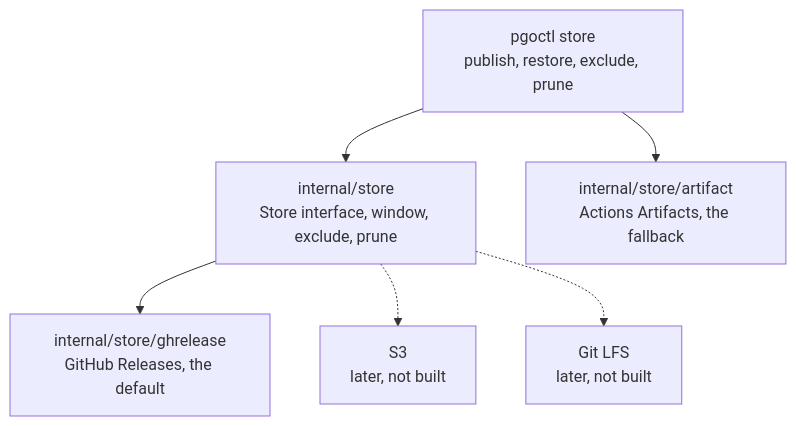
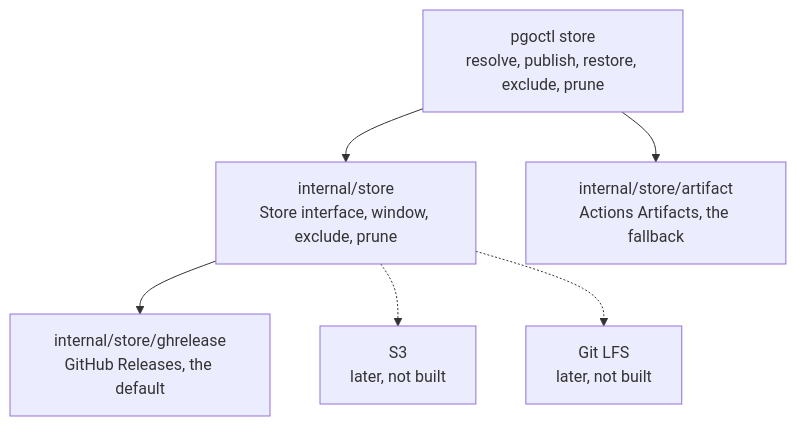
Before and after one commit to better-go-labs/pgoctl: the diagram in issue-62/2-backends.mmd, drawn with Mermaid. The commit also changed 9 other files, not shown here.

Commit message:
docs: sequence tags, immutable releases and review fixes in issue 62 diagrams

```diff
--- a/issue-62/2-backends.mmd
+++ b/issue-62/2-backends.mmd
@@ -1,6 +1,6 @@
 flowchart TB
-  CLI["pgoctl store<br/>publish, restore, exclude, prune"] --> S["internal/store<br/>Store interface, window, exclude, prune"]
+  CLI["pgoctl store<br/>resolve, publish, restore, exclude, prune"] --> S["internal/store<br/>Store interface, window, exclude, prune"]
   S --> GH["internal/store/ghrelease<br/>GitHub Releases, the default"]
   CLI --> AR["internal/store/artifact<br/>Actions Artifacts, the fallback"]
   S -.-> S3["S3<br/>later, not built"]
   S -.-> LFS["Git LFS<br/>later, not built"]
```
